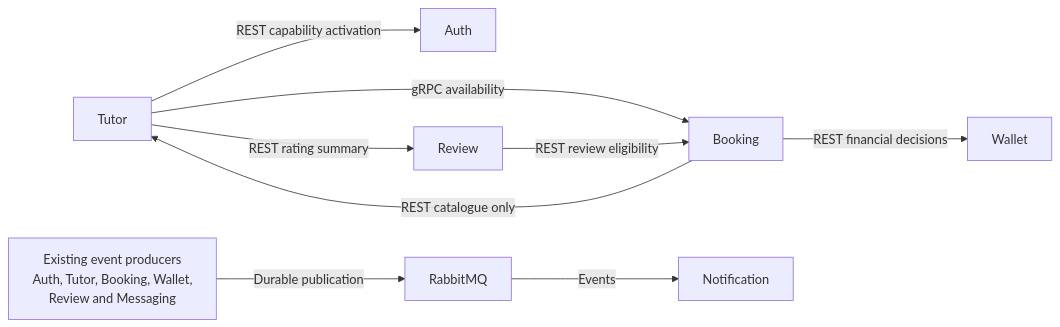
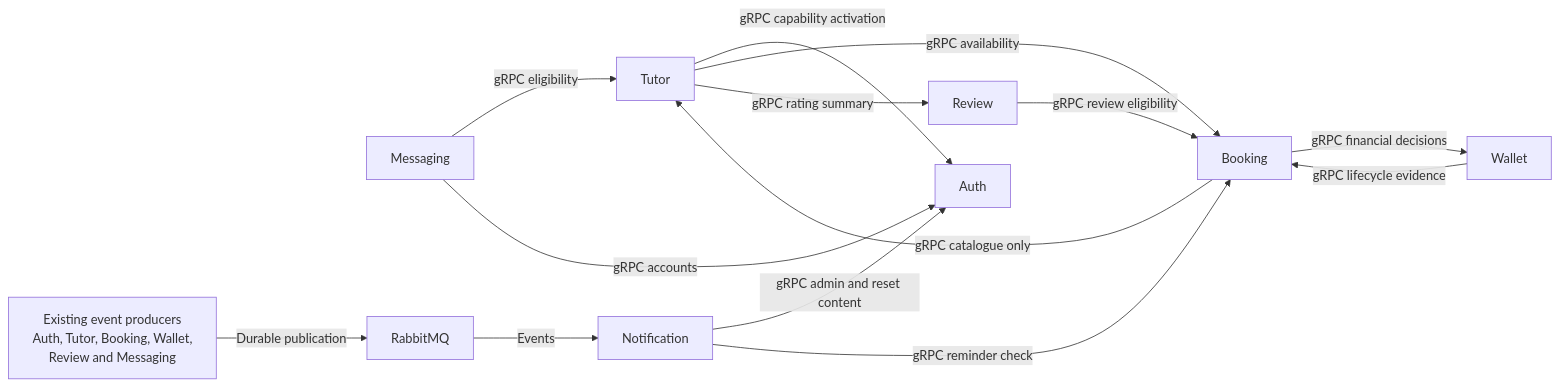
The third of 7 diagrams in docs/system-design.md (Azther0z/tutor-matcher-microservice), drawn with Mermaid before and after one commit. The commit also changed other lines of this file and 39 other files, not shown here.

````diff
--- a/docs/system-design.md
+++ b/docs/system-design.md
@@ -108,11 +110,16 @@
 ```mermaid
 flowchart LR
-    Tutor["Tutor"] -->|"REST capability activation"| Auth["Auth"]
+    Tutor["Tutor"] -->|"gRPC capability activation"| Auth["Auth"]
     Tutor -->|"gRPC availability"| Booking["Booking"]
-    Booking -->|"REST catalogue only"| Tutor
-    Booking -->|"REST financial decisions"| Wallet["Wallet"]
-    Tutor -->|"REST rating summary"| Review["Review"]
-    Review -->|"REST review eligibility"| Booking
+    Booking -->|"gRPC catalogue only"| Tutor
+    Booking -->|"gRPC financial decisions"| Wallet["Wallet"]
+    Tutor -->|"gRPC rating summary"| Review["Review"]
+    Review -->|"gRPC review eligibility"| Booking
+    Wallet -->|"gRPC lifecycle evidence"| Booking
+    Messaging["Messaging"] -->|"gRPC eligibility"| Tutor
+    Messaging -->|"gRPC accounts"| Auth
+    Notification["Notification"] -->|"gRPC admin and reset content"| Auth
+    Notification -->|"gRPC reminder check"| Booking
     Producers["Existing event producers\nAuth, Tutor, Booking, Wallet,\nReview and Messaging"] -->|"Durable publication"| Broker["RabbitMQ"]
     Broker -->|"Events"| Notification["Notification"]
 ```
````
